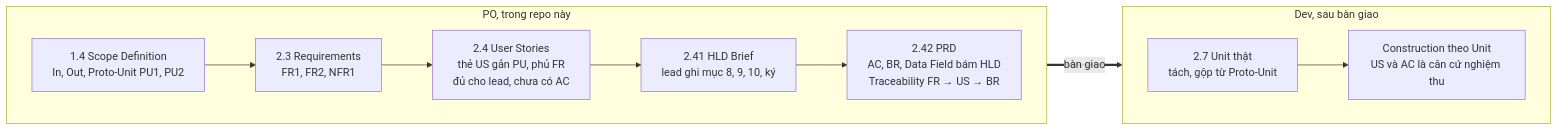
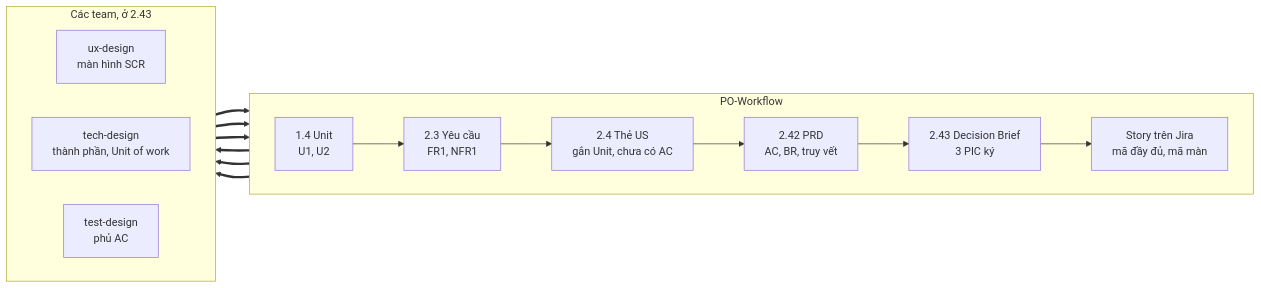
The second of 2 diagrams in README.md (sonhero981/upbase-specs-test), drawn with Mermaid before and after one commit. The commit also changed other lines of this file and 624 other files, not shown here.

First line of the commit message:
chore(engine): gộp phần Tech vào khung PO, dựng lớp cài đặt

````diff
--- a/README.md
+++ b/README.md
@@ -68,14 +221,23 @@
 ```mermaid
 flowchart LR
-    subgraph PO["PO, trong repo này"]
+    subgraph PO["PO-Workflow"]
         direction LR
-        S14["1.4 Scope Definition<br/>In, Out, Proto-Unit PU1, PU2"] --> S23["2.3 Requirements<br/>FR1, FR2, NFR1"]
-        S23 --> S24["2.4 User Stories<br/>thẻ US gắn PU, phủ FR<br/>đủ cho lead, chưa có AC"]
-        S24 --> S241["2.41 HLD Brief<br/>lead ghi mục 8, 9, 10, ký"] --> S242["2.42 PRD<br/>AC, BR, Data Field bám HLD<br/>Traceability FR → US → BR"]
+        S14["1.4 Unit<br/>U1, U2"] --> S23["2.3 Yêu cầu<br/>FR1, NFR1"]
+        S23 --> S24["2.4 Thẻ US<br/>gắn Unit, chưa có AC"]
+        S24 --> S242["2.42 PRD<br/>AC, BR, truy vết"]
+        S242 --> DB["2.43 Decision Brief<br/>3 PIC ký"]
+        DB --> ST["Story trên Jira<br/>mã đầy đủ, mã màn"]
     end
-    subgraph DEV["Dev, sau bàn giao"]
+    subgraph TEAMS["Các team, ở 2.43"]
         direction LR
-        U["2.7 Unit thật<br/>tách, gộp từ Proto-Unit"] --> C["Construction theo Unit<br/>US và AC là căn cứ nghiệm thu"]
+        D["ux-design<br/>màn hình SCR"]
+        T["tech-design<br/>thành phần, Unit of work"]
+        Q["test-design<br/>phủ AC"]
     end
-    S242 ==>|"bàn giao"| U
+    S242 ==> D
+    S242 ==> T
+    S242 ==> Q
+    D ==> DB
+    T ==> DB
+    Q ==> DB
 ```
````
